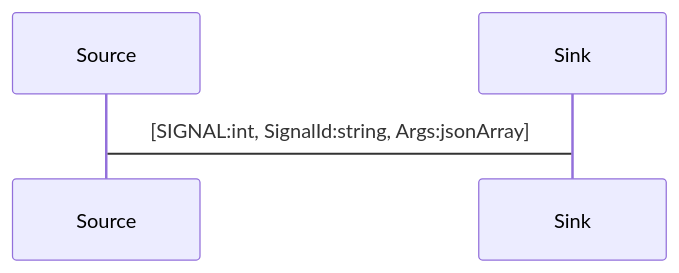
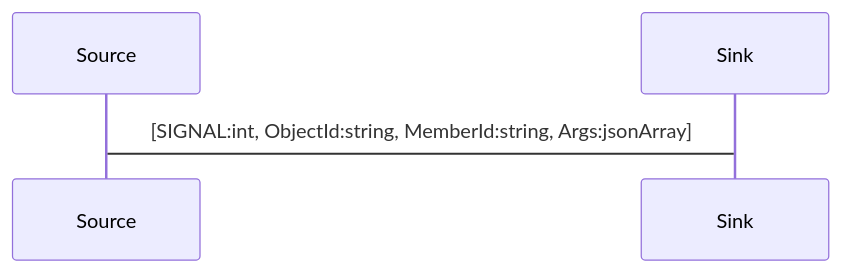
Before and after one commit to apigear-io/apigear-docs: the diagram in docs/advanced/objectlink/signals.md, drawn with Mermaid. The commit also changed other lines of this file and 5 other files, not shown here.

````diff
--- a/docs/advanced/objectlink/signals.md
+++ b/docs/advanced/objectlink/signals.md
@@ -67,4 +62,4 @@
 ```mermaid
 sequenceDiagram
-Source->Sink: [SIGNAL:int, SignalId:string, Args:jsonArray]
+Source->Sink: [SIGNAL:int, ObjectId:string, MemberId:string, Args:jsonArray]
 ```
````
